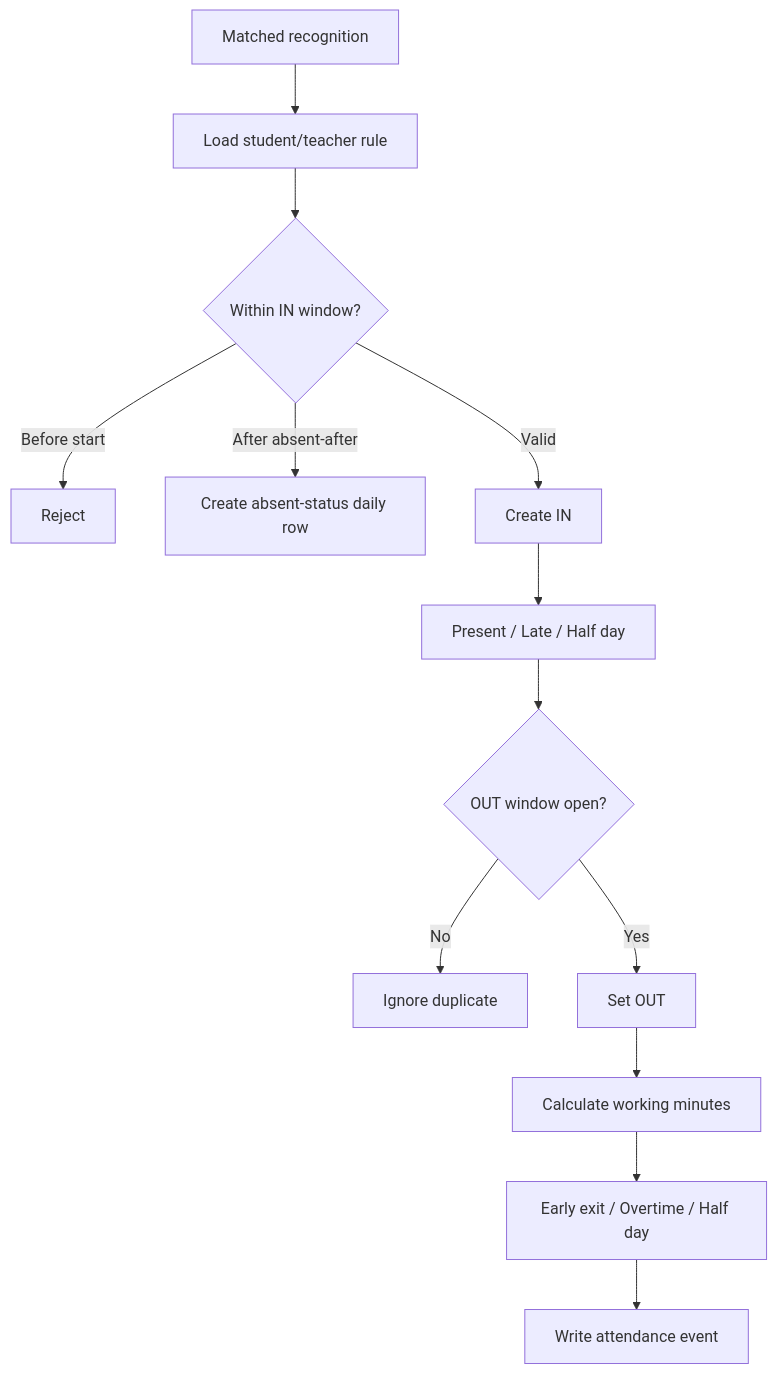
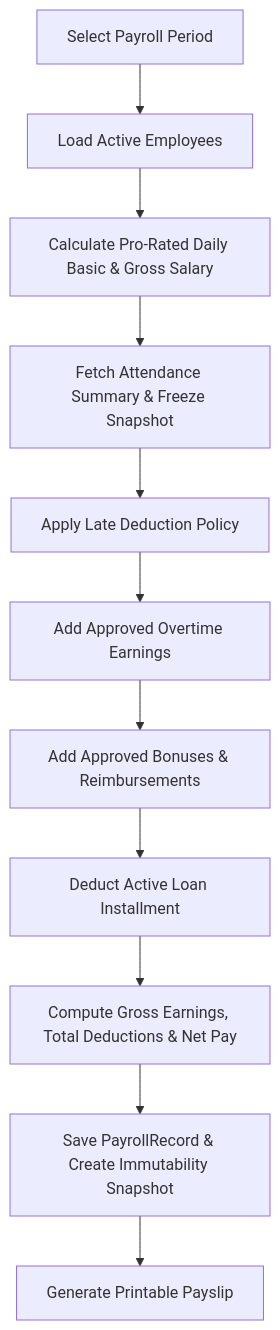
One commit to priyanshrathod0603/smart-attendance-management-system changed the third of 4 diagrams in README.md. Above: the diagram before and after it, drawn with Mermaid. The commit also changed other lines of this file, not shown here.

````diff
--- a/README.md
+++ b/README.md
@@ -651,15 +209,13 @@
 ```mermaid
 flowchart TD
-    Recognition[Matched recognition] --> Rule[Load student/teacher rule]
-    Rule --> Window{Within IN window?}
-    Window -- Before start --> Reject[Reject]
-    Window -- After absent-after --> Absent[Create absent-status daily row]
-    Window -- Valid --> In[Create IN]
-    In --> Status[Present / Late / Half day]
-    Status --> OutWindow{OUT window open?}
-    OutWindow -- No --> Ignore[Ignore duplicate]
-    OutWindow -- Yes --> Out[Set OUT]
-    Out --> Calc[Calculate working minutes]
-    Calc --> Flags[Early exit / Overtime / Half day]
-    Flags --> Event[Write attendance event]
+    Period[Select Payroll Period] --> Fetch[Load Active Employees]
+    Fetch --> Base[Calculate Pro-Rated Daily Basic & Gross Salary]
+    Base --> Att[Fetch Attendance Summary & Freeze Snapshot]
+    Att --> Late[Apply Late Deduction Policy]
+    Late --> OT[Add Approved Overtime Earnings]
+    OT --> Bonus[Add Approved Bonuses & Reimbursements]
+    Bonus --> Loan[Deduct Active Loan Installment]
+    Loan --> Net[Compute Gross Earnings, Total Deductions & Net Pay]
+    Net --> Lock[Save PayrollRecord & Create Immutability Snapshot]
+    Lock --> Payslip[Generate Printable Payslip]
 ```
````
